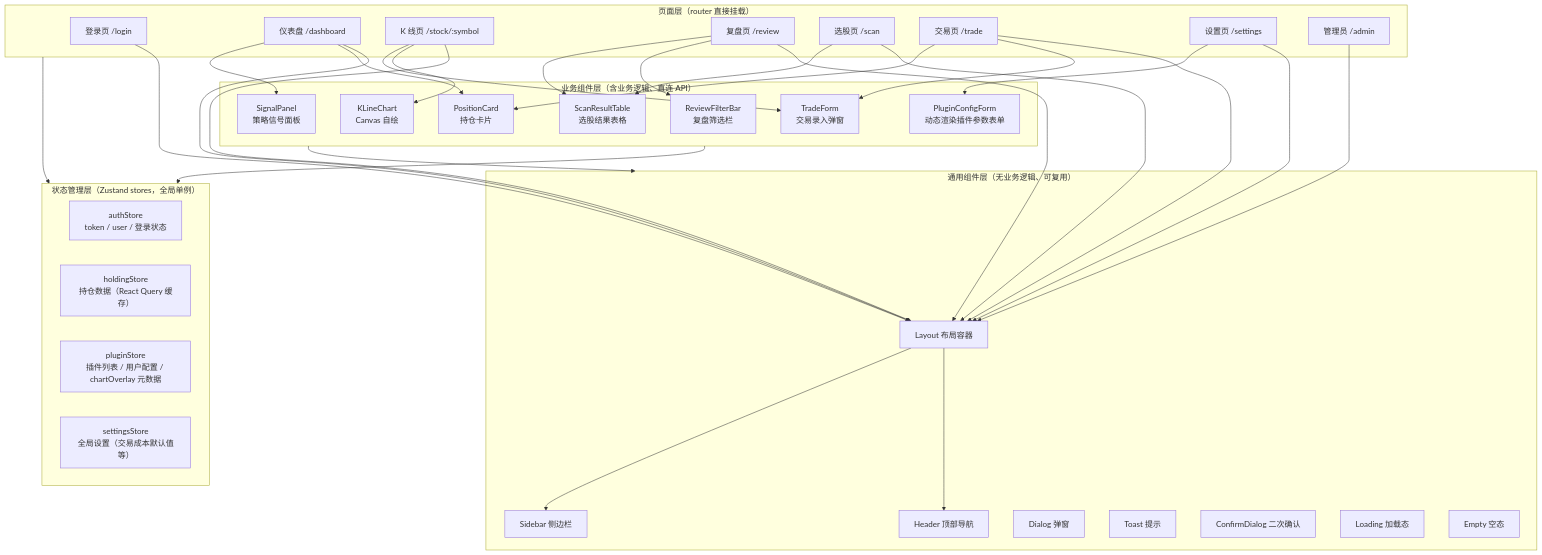
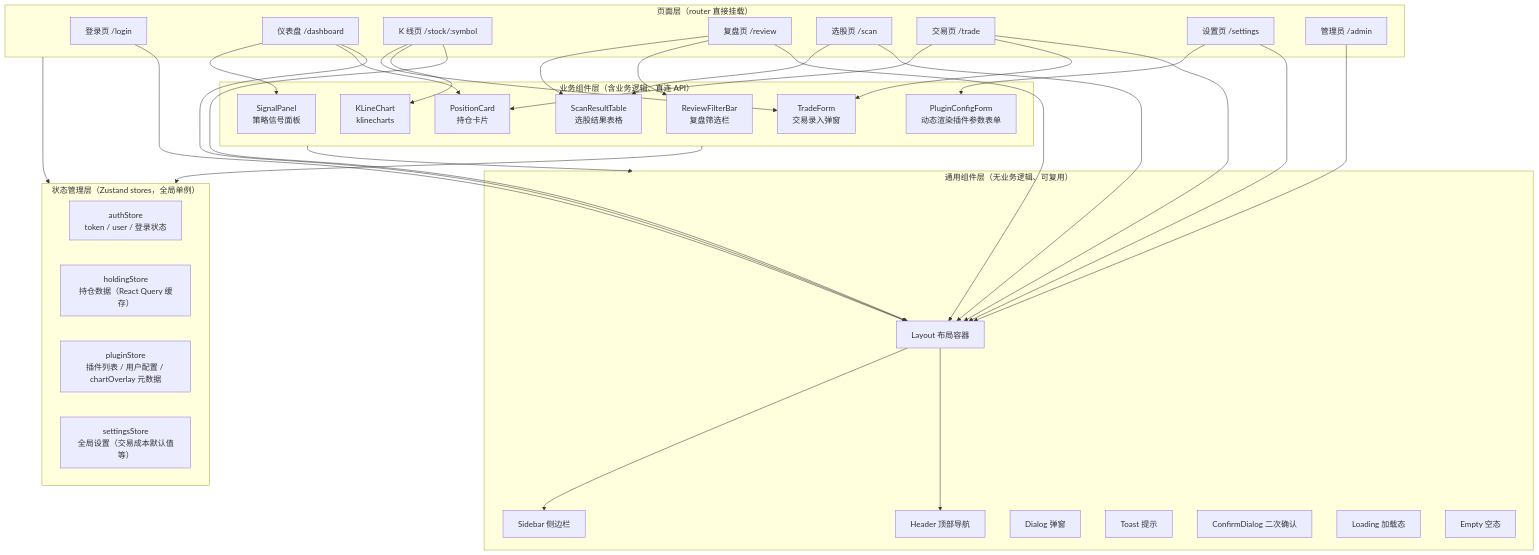
Before and after one commit to skytreat/InvestAssistantMVP: the third of 15 diagrams in docs/client/SDD.md, drawn with Mermaid. The commit also changed other lines of this file and 4 other files, not shown here.

````diff
--- a/docs/client/SDD.md
+++ b/docs/client/SDD.md
@@ -704,55 +704,55 @@
 ```mermaid
 graph TD
     subgraph Pages["页面层（router 直接挂载）"]
         P1[登录页 /login]
         P2[仪表盘 /dashboard]
         P3[K 线页 /stock/:symbol]
         P4[复盘页 /review]
         P5[选股页 /scan]
         P6[交易页 /trade]
         P7[设置页 /settings]
         P8[管理员 /admin]
     end
 
     subgraph Business["业务组件层（含业务逻辑、直连 API）"]
-        B1[KLineChart<br/>Canvas 自绘]
+        B1[KLineChart<br/>klinecharts]
         B2[TradeForm<br/>交易录入弹窗]
         B3[PositionCard<br/>持仓卡片]
         B4[SignalPanel<br/>策略信号面板]
         B5[PluginConfigForm<br/>动态渲染插件参数表单]
         B6[ReviewFilterBar<br/>复盘筛选栏]
         B7[ScanResultTable<br/>选股结果表格]
     end
 
     subgraph Common["通用组件层（无业务逻辑、可复用）"]
         C1[Layout 布局容器]
         C2[Header 顶部导航]
         C3[Sidebar 侧边栏]
         C4[Dialog 弹窗]
         C5[Toast 提示]
         C6[ConfirmDialog 二次确认]
         C7[Loading 加载态]
         C8[Empty 空态]
     end
 
     subgraph Feature["状态管理层（Zustand stores，全局单例）"]
         F1[authStore<br/>token / user / 登录状态]
         F2[holdingStore<br/>持仓数据（React Query 缓存）]
         F3[pluginStore<br/>插件列表 / 用户配置 / chartOverlay 元数据]
         F4[settingsStore<br/>全局设置（交易成本默认值等）]
     end
 
     P1 --> C1
     P2 --> C1 & B3 & B4
     P3 --> C1 & B1 & B2
     P4 --> C1 & B6 & B7
     P5 --> C1 & B7
     P6 --> C1 & B2 & B3
     P7 --> C1 & B5
     P8 --> C1
 
     C1 --> C2 & C3
     Pages --> Feature
     Business --> Feature
     Business --> Common
 ```
````
